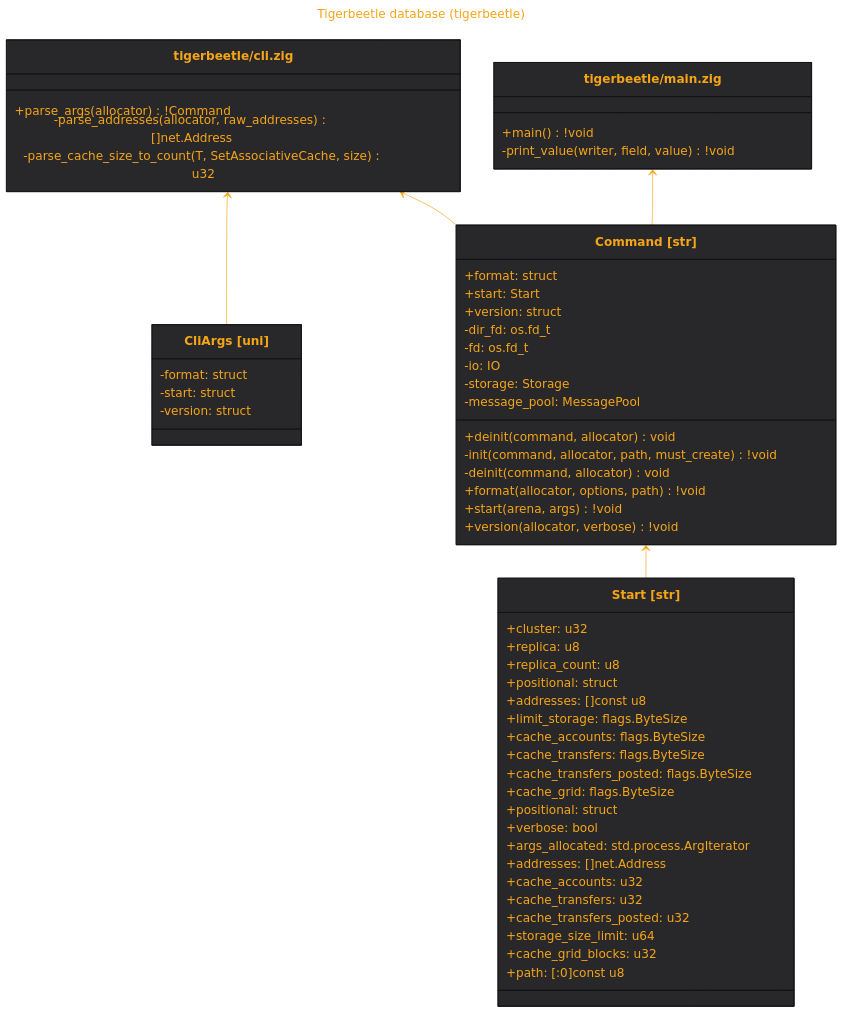
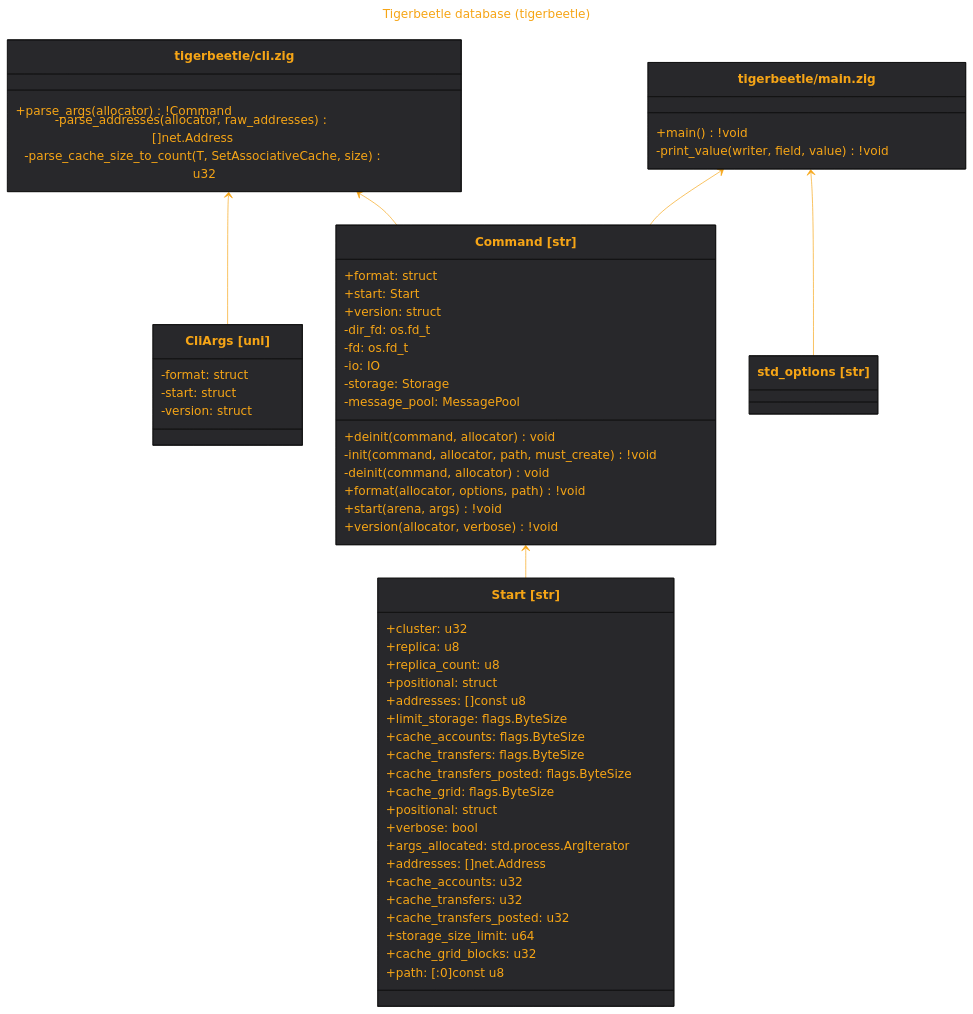
One commit to tensorush/meduza changed the diagram in out/src.tigerbeetle.md. Above: the diagram before and after it, drawn with Mermaid. The commit also changed 10 other files, not shown here.

````diff
--- a/out/src.tigerbeetle.md
+++ b/out/src.tigerbeetle.md
@@ -60,6 +60,8 @@
 `tigerbeetle/cli.zig` <-- CliArgs
 `tigerbeetle/cli.zig` <-- Command
 link `tigerbeetle/cli.zig` "https://github.com/tigerbeetle/tigerbeetle/blob/main/src/tigerbeetle/cli.zig"
+class std_options["std_options [str]"]
+link std_options "https://github.com/tigerbeetle/tigerbeetle/blob/main/src/tigerbeetle/main.zig#L34"
 class Command["Command [str]"] {
     -dir_fd: os.fd_t
     -fd: os.fd_t
@@ -72,11 +74,12 @@
     +start(arena, args) !void
     +version(allocator, verbose) !void
 }
-link Command "https://github.com/tigerbeetle/tigerbeetle/blob/main/src/tigerbeetle/main.zig#L64"
+link Command "https://github.com/tigerbeetle/tigerbeetle/blob/main/src/tigerbeetle/main.zig#L66"
 class `tigerbeetle/main.zig` {
     +main() !void
     -print_value(writer, field, value) !void
 }
+`tigerbeetle/main.zig` <-- std_options
 `tigerbeetle/main.zig` <-- Command
 link `tigerbeetle/main.zig` "https://github.com/tigerbeetle/tigerbeetle/blob/main/src/tigerbeetle/main.zig"
 ```
````
